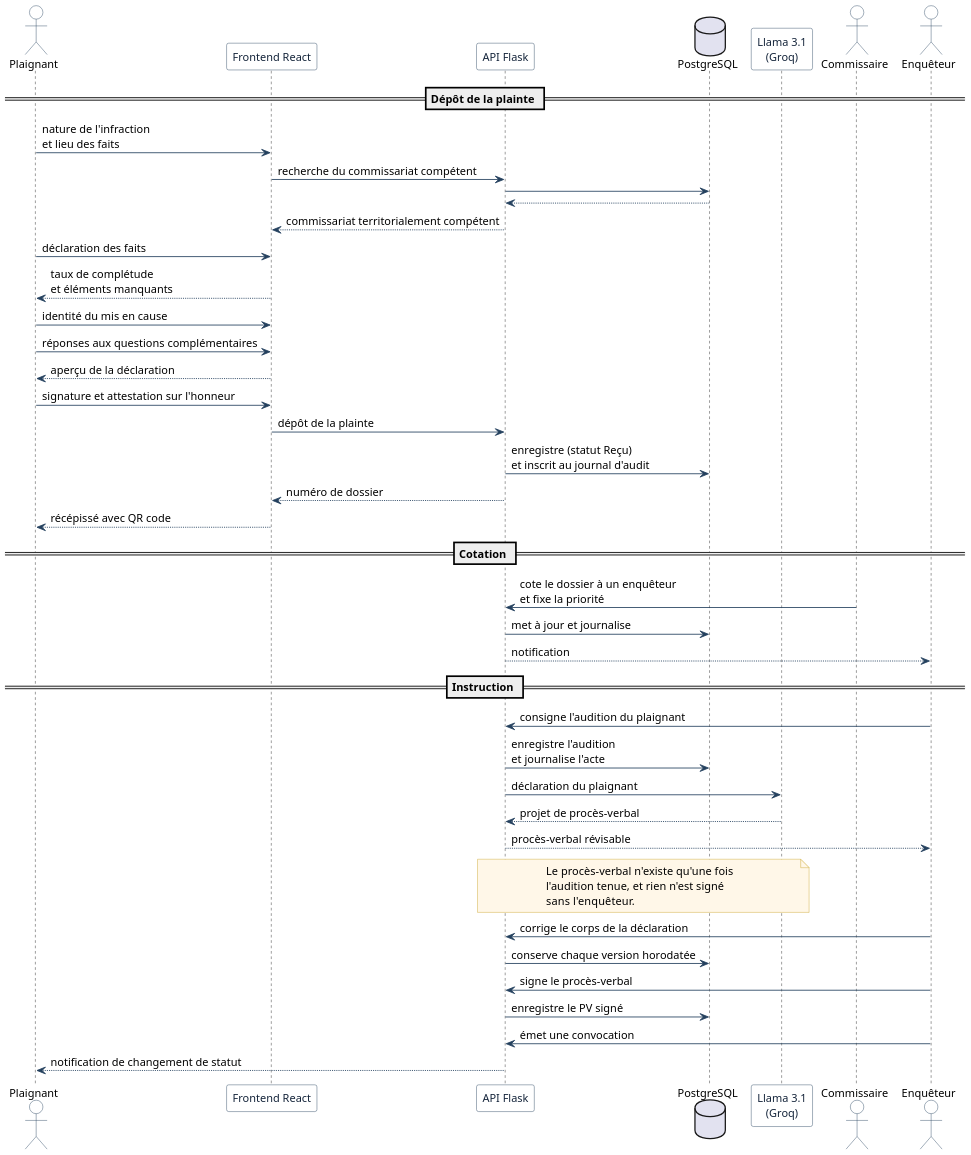
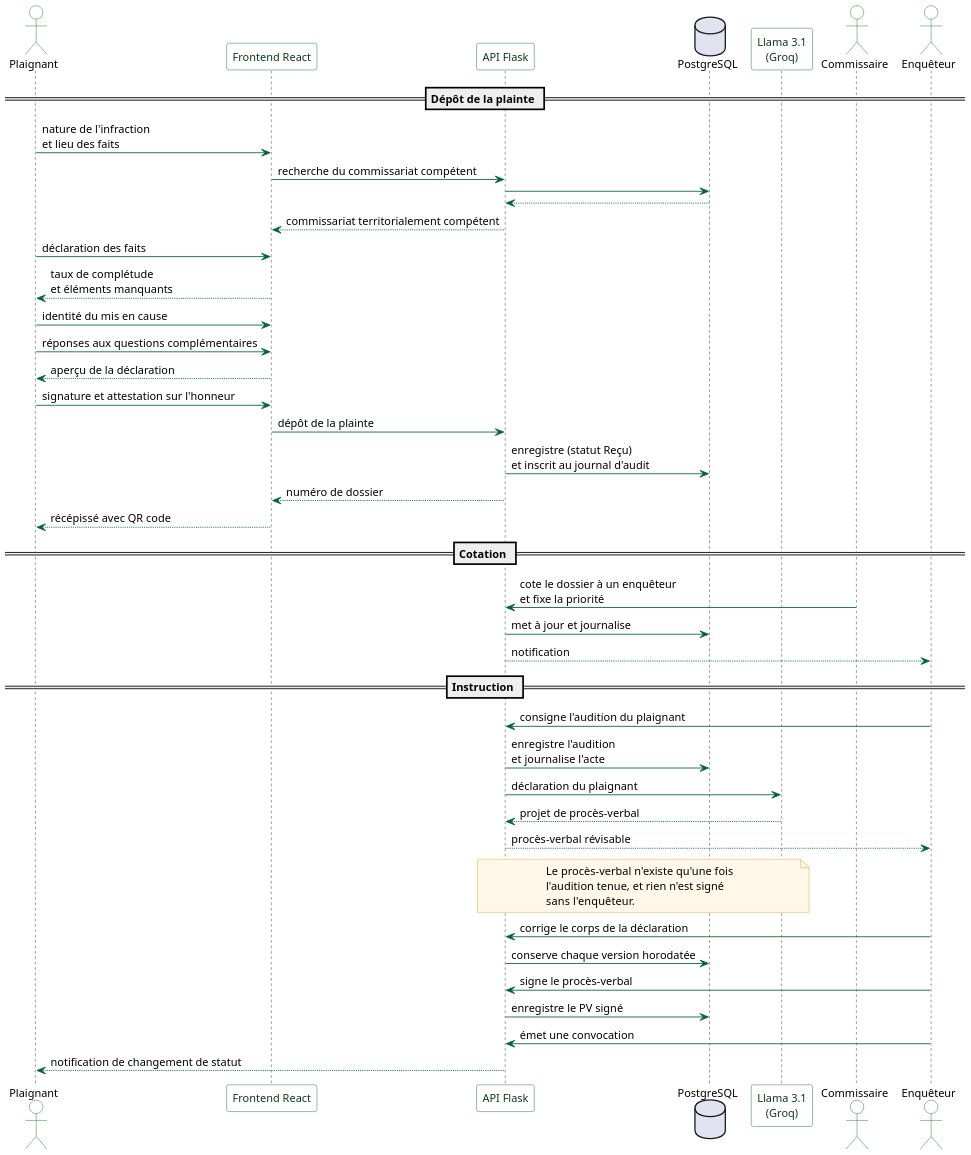
Before and after one commit to NodemBorel/plainte-cam: the diagram in memoire/diagrammes/sequence.puml, drawn with PlantUML. The commit also changed 54 other files, not shown here.

```diff
--- a/memoire/diagrammes/sequence.puml
+++ b/memoire/diagrammes/sequence.puml
@@ -1,96 +1,96 @@
 @startuml sequence
 ' ==============================================================
 '  PlainteCam — Diagramme de séquence
 '  Trois temps : dépôt de la plainte, cotation par le commissaire,
 '  instruction par l'enquêteur.
 '
 '  Vocabulaire et enchaînement alignés sur l'application :
 '   - le dépôt suit les 5 étapes réelles du formulaire ;
 '   - le procès-verbal n'existe QU'UNE FOIS l'audition tenue
 '     (règle pvExiste dans l'espace enquêteur) ;
 '   - chaque correction du PV est horodatée et conservée.
 '
 '  COMPILATION
 '    java -jar plantuml.jar -tpng -charset UTF-8 sequence.puml
 ' ==============================================================
 
 skinparam dpi 150
 skinparam backgroundColor #FFFFFF
 skinparam shadowing false
 skinparam defaultFontName Helvetica
 skinparam defaultFontSize 13
-skinparam ArrowColor #24405E
+skinparam ArrowColor #006432
 skinparam sequenceMessageAlign left
 
 skinparam participant {
-  BorderColor #24405E
+  BorderColor #006432
   BackgroundColor #FFFFFF
-  FontColor #14243A
+  FontColor #0B3A22
 }
 skinparam actor {
-  BorderColor #24405E
+  BorderColor #006432
   BackgroundColor #FFFFFF
 }
 skinparam note {
   BorderColor #C9A227
   BackgroundColor #FFF7E8
 }
 
 actor       "Plaignant"          as CIT
 participant "Frontend React"     as FE
 participant "API Flask"          as API
 database    "PostgreSQL"         as DB
 participant "Llama 3.1\n(Groq)"  as IA
 actor       "Commissaire"        as COM
 actor       "Enquêteur"          as ENQ
 
 == Dépôt de la plainte ==
 
 CIT -> FE  : nature de l'infraction\net lieu des faits
 FE  -> API : recherche du commissariat compétent
 API -> DB
 DB  --> API
 API --> FE : commissariat territorialement compétent
 
 CIT -> FE  : déclaration des faits
 FE  --> CIT : taux de complétude\net éléments manquants
 CIT -> FE  : identité du mis en cause
 CIT -> FE  : réponses aux questions complémentaires
 FE  --> CIT : aperçu de la déclaration
 CIT -> FE  : signature et attestation sur l'honneur
 
 FE  -> API : dépôt de la plainte
 API -> DB  : enregistre (statut Reçu)\net inscrit au journal d'audit
 API --> FE : numéro de dossier
 FE  --> CIT : récépissé avec QR code
 
 == Cotation ==
 
 COM -> API : cote le dossier à un enquêteur\net fixe la priorité
 API -> DB  : met à jour et journalise
 API --> ENQ : notification
 
 == Instruction ==
 
 ENQ -> API : consigne l'audition du plaignant
 API -> DB  : enregistre l'audition\net journalise l'acte
 
 API -> IA  : déclaration du plaignant
 IA  --> API : projet de procès-verbal
 API --> ENQ : procès-verbal révisable
 
 note over API, IA
   Le procès-verbal n'existe qu'une fois
   l'audition tenue, et rien n'est signé
   sans l'enquêteur.
 end note
 
 ENQ -> API : corrige le corps de la déclaration
 API -> DB  : conserve chaque version horodatée
 ENQ -> API : signe le procès-verbal
 API -> DB  : enregistre le PV signé
 
 ENQ -> API : émet une convocation
 API --> CIT : notification de changement de statut
 
 @enduml
```
